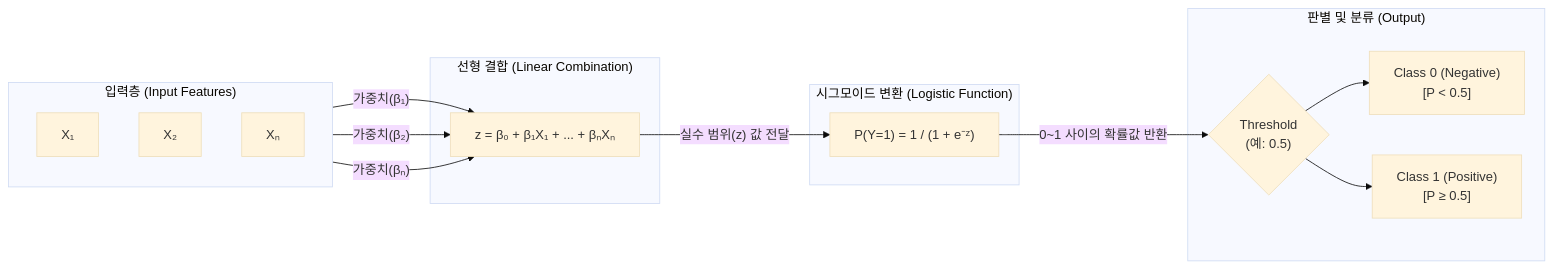
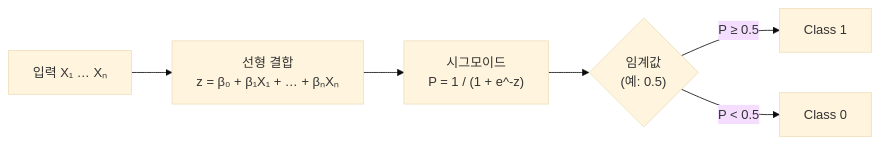
Before and after one commit to supremethumb/supremethumb.github.io: the diagram in content/01_IT Tech/로지스틱회귀분석.md, drawn with Mermaid (base theme). The commit also changed other lines of this file and 1087 other files, not shown here.

````diff
--- a/content/01_IT Tech/로지스틱회귀분석.md
+++ b/content/01_IT Tech/로지스틱회귀분석.md
@@ -29,33 +35,8 @@
 ```mermaid
 flowchart LR
-    subgraph Input ["입력층 (Input Features)"]
-        direction TB
-        X1["X₁"]
-        X2["X₂"]
-        Xn["Xₙ"]
-    end
-
-    subgraph Linear ["선형 결합 (Linear Combination)"]
-        Sum["z = β₀ + β₁X₁ + ... + βₙXₙ"]
-    end
-
-    subgraph Activation ["시그모이드 변환 (Logistic Function)"]
-        Sig["P(Y=1) = 1 / (1 + e⁻ᶻ)"]
-    end
-
-    subgraph Output ["판별 및 분류 (Output)"]
-        Thresh{"Threshold\n(예: 0.5)"}
-        Class0["Class 0 (Negative)\n[P < 0.5]"]
-        Class1["Class 1 (Positive)\n[P ≥ 0.5]"]
-    end
-
-    X1 -- "가중치(β₁)" --> Sum
-    X2 -- "가중치(β₂)" --> Sum
-    Xn -- "가중치(βₙ)" --> Sum
-
-    Sum -- "실수 범위(z) 값 전달" --> Sig
-    Sig -- "0~1 사이의 확률값 반환" --> Thresh
-    Thresh --> Class0
-    Thresh --> Class1
-
+    X["입력 X₁ … Xₙ"] --> Z["선형 결합<br/>z = β₀ + β₁X₁ + … + βₙXₙ"]
+    Z --> S["시그모이드<br/>P = 1 / (1 + e^-z)"]
+    S --> T{"임계값<br/>(예: 0.5)"}
+    T -- "P ≥ 0.5" --> C1["Class 1"]
+    T -- "P < 0.5" --> C0["Class 0"]
 ```
````
